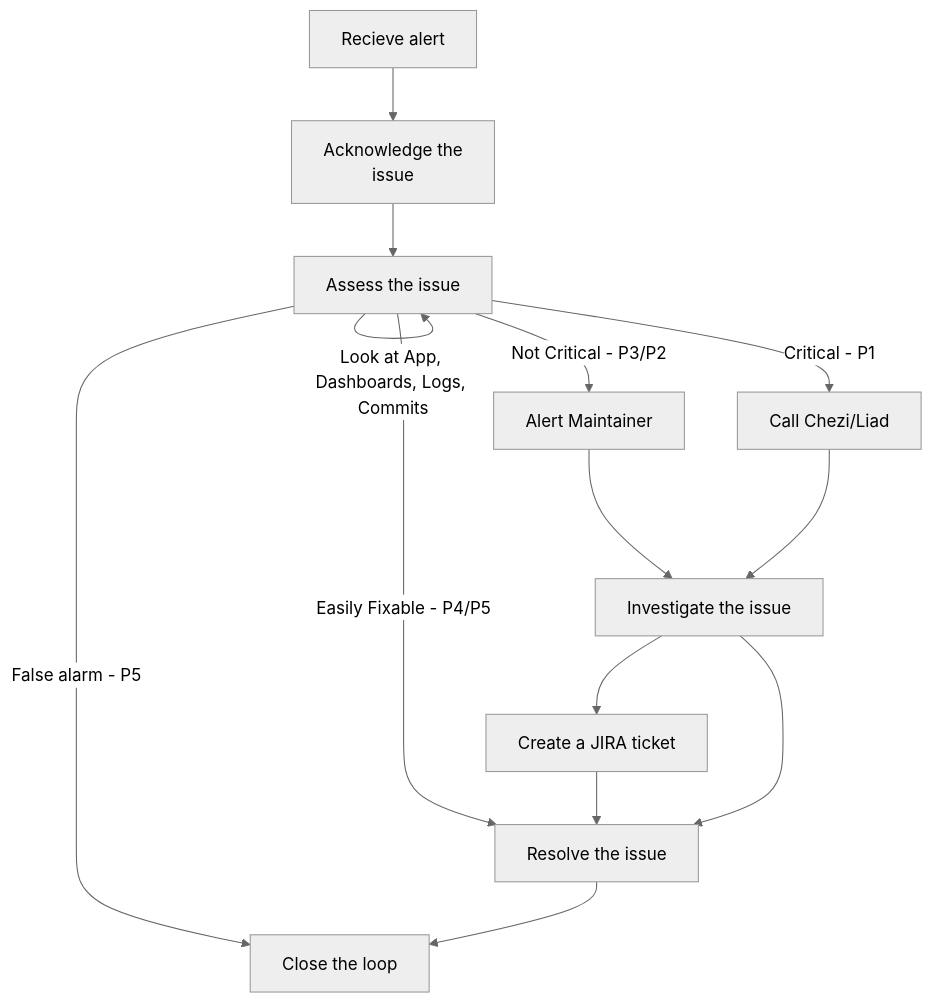
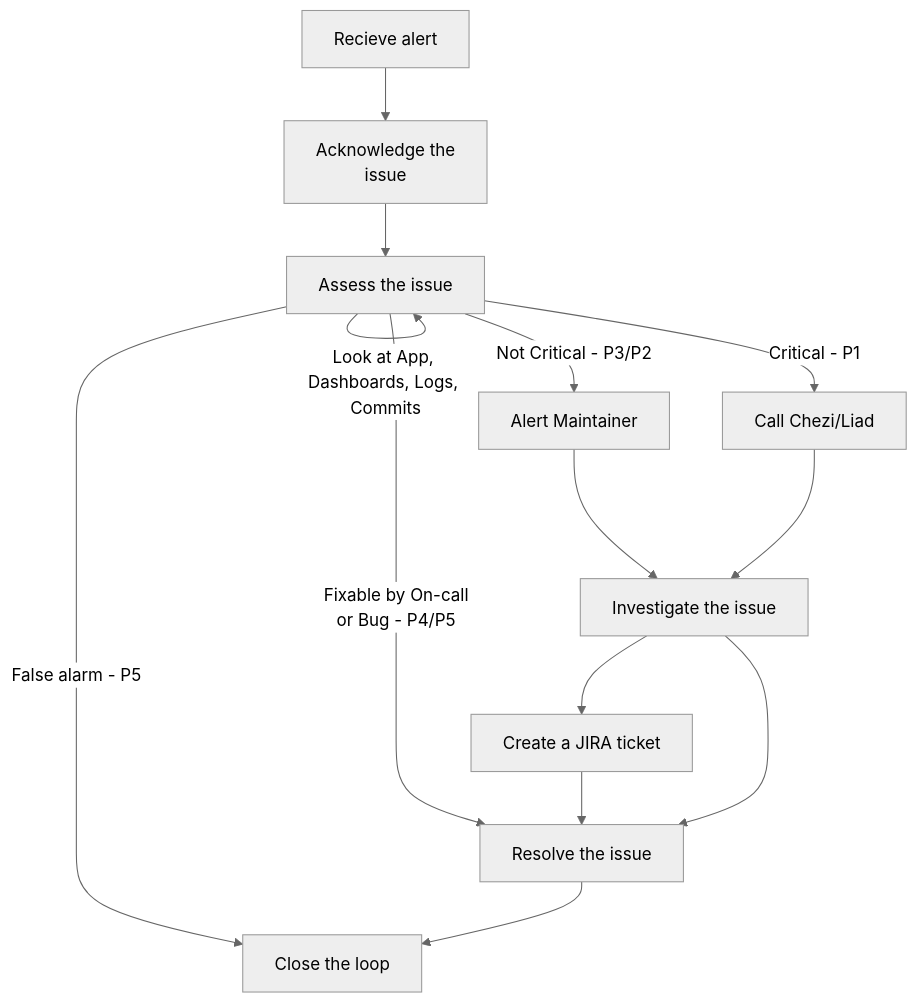
The diagram in src/pages/oncall/sop.md (weaverwhale/docs), drawn with Mermaid (neutral theme) before and after one commit.

````diff
--- a/src/pages/oncall/sop.md
+++ b/src/pages/oncall/sop.md
@@ -8,16 +8,16 @@
 ```mermaid
 flowchart TB
     A[Recieve alert] --> B[Acknowledge the<br> issue]
     B --> C[Assess the issue]
         C -- Look at App, Dashboards, Logs, Commits --> C
-        C -- Easily Fixable - P4/P5 --> E[Resolve the issue]
+        C -- Fixable by On-call<br>or Bug - P4/P5 --> E[Resolve the issue]
         C -- Not Critical - P3/P2 --> G[Alert Maintainer]
         C -- Critical - P1 --> F[Call Chezi/Liad]
         C -- False alarm - P5 --> I[P5 - Close the loop]
     G --> H[Investigate the issue]
     F --> H
     H --> J[Create a JIRA ticket]
     J --> E
     H --> E
     E --> I[Close the loop]
 ```
````
